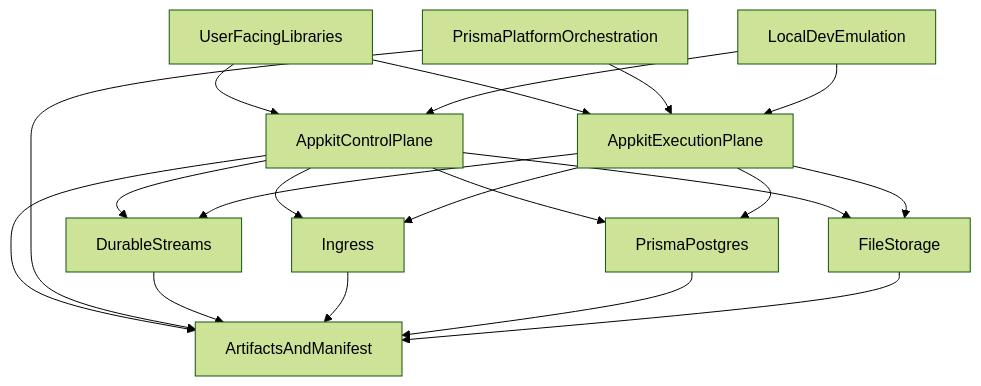
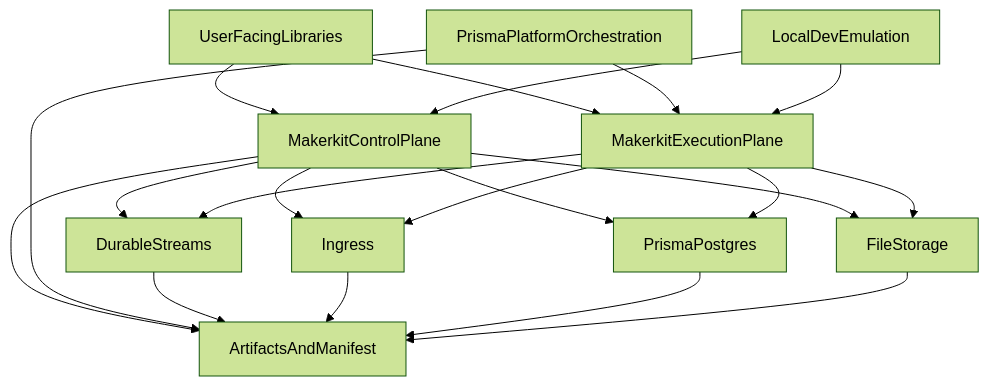
One commit to prisma/app changed the diagram in docs/design/03-domain-model/domain-map.md. Above: the diagram before and after it, drawn with Mermaid (forest theme). The commit also changed other lines of this file and 26 other files, not shown here.

````diff
--- a/docs/design/03-domain-model/domain-map.md
+++ b/docs/design/03-domain-model/domain-map.md
@@ -7,43 +7,43 @@
 ```mermaid
 flowchart TD
   userFacing[UserFacingLibraries]
 
-  controlPlane[AppkitControlPlane]
-  executionPlane[AppkitExecutionPlane]
+  controlPlane[MakerkitControlPlane]
+  executionPlane[MakerkitExecutionPlane]
 
   streams[DurableStreams]
   ingress[Ingress]
   postgres[PrismaPostgres]
   storage[FileStorage]
 
   artifacts[ArtifactsAndManifest]
 
   platform[PrismaPlatformOrchestration]
   localDev[LocalDevEmulation]
 
   userFacing --> controlPlane
   userFacing --> executionPlane
 
   controlPlane --> artifacts
   controlPlane --> streams
   controlPlane --> ingress
   controlPlane --> postgres
   controlPlane --> storage
 
   executionPlane --> streams
   executionPlane --> ingress
   executionPlane --> postgres
   executionPlane --> storage
 
   platform --> artifacts
   platform --> executionPlane
 
   localDev --> controlPlane
   localDev --> executionPlane
 
   %% Clean architecture intent: primitives do not depend on composition
   streams --> artifacts
   ingress --> artifacts
   postgres --> artifacts
   storage --> artifacts
 ```
````
